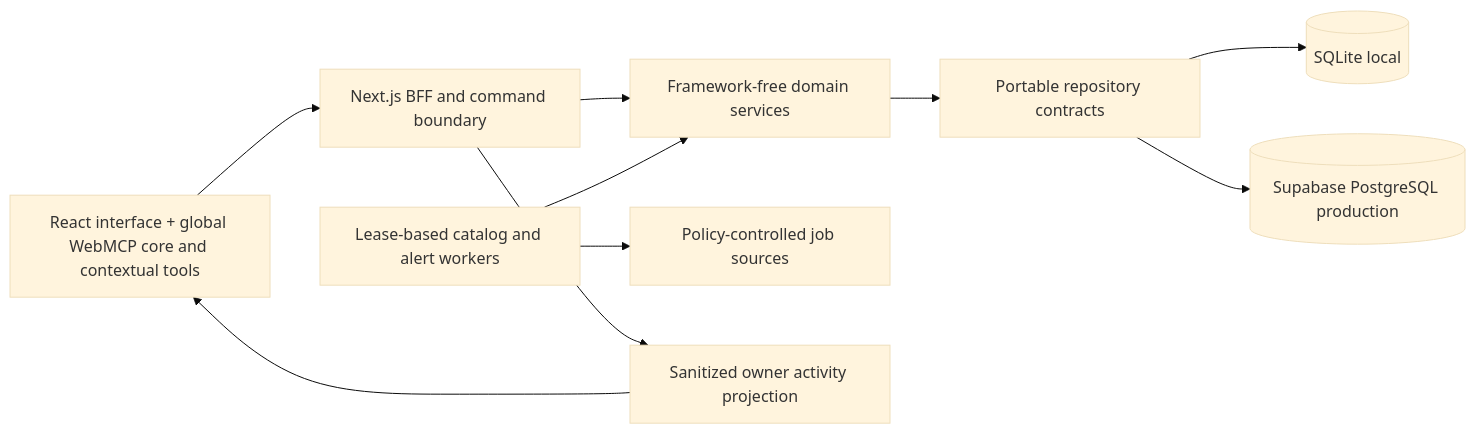
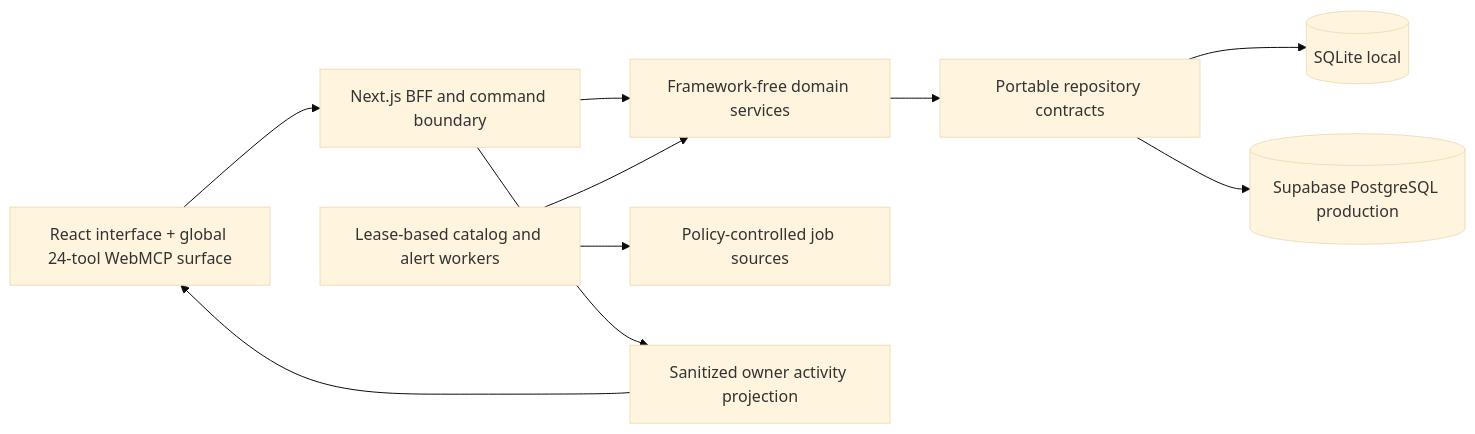
One commit to der-bear/jobbbler changed the diagram in README.md. Above: the diagram before and after it, drawn with Mermaid (base theme). The commit also changed other lines of this file and 26 other files, not shown here.

````diff
--- a/README.md
+++ b/README.md
@@ -128,12 +129,12 @@
 ```mermaid
 flowchart LR
-  Browser[React interface + global WebMCP core and contextual tools] --> API[Next.js BFF and command boundary]
+  Browser[React interface + global 24-tool WebMCP surface] --> API[Next.js BFF and command boundary]
   API --> Domain[Framework-free domain services]
   Domain --> Storage[Portable repository contracts]
   Storage --> SQLite[(SQLite local)]
   Storage --> Postgres[(Supabase PostgreSQL production)]
   Worker[Lease-based catalog and alert workers] --> Domain
   Worker --> Sources[Policy-controlled job sources]
   API --> Activity[Sanitized owner activity projection]
   Activity --> Browser
 ```
````
